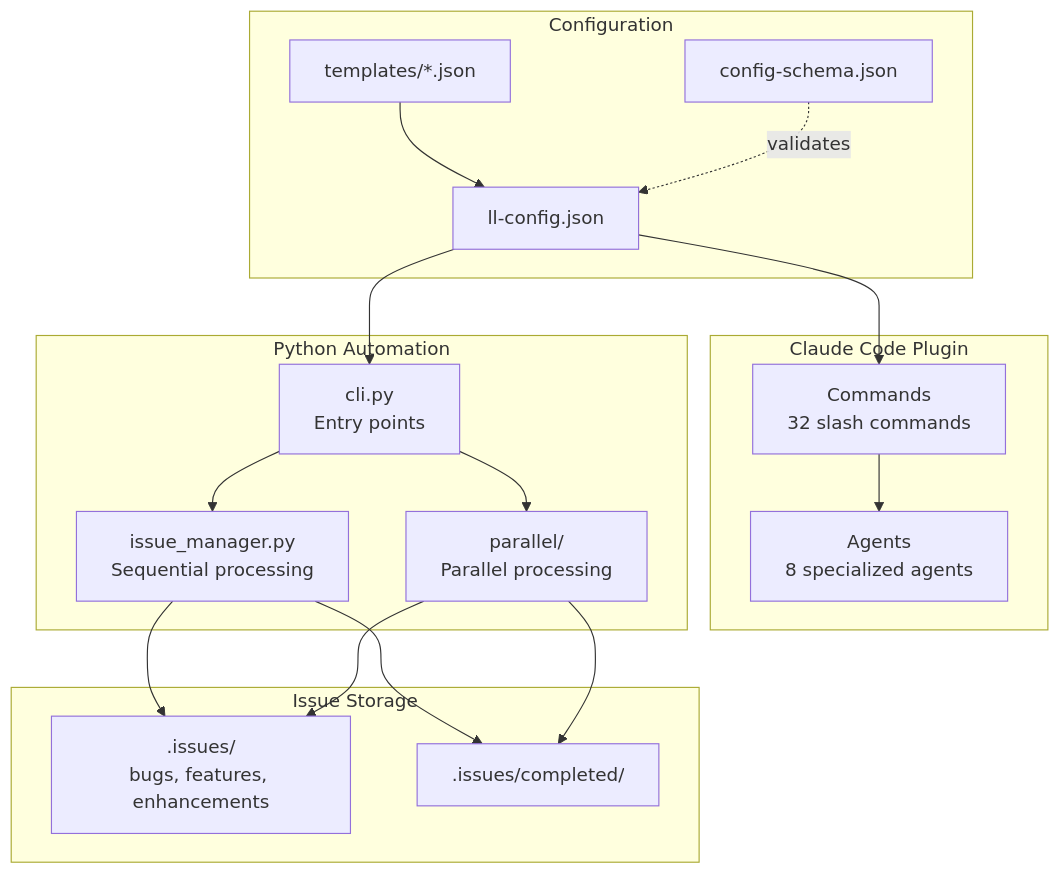
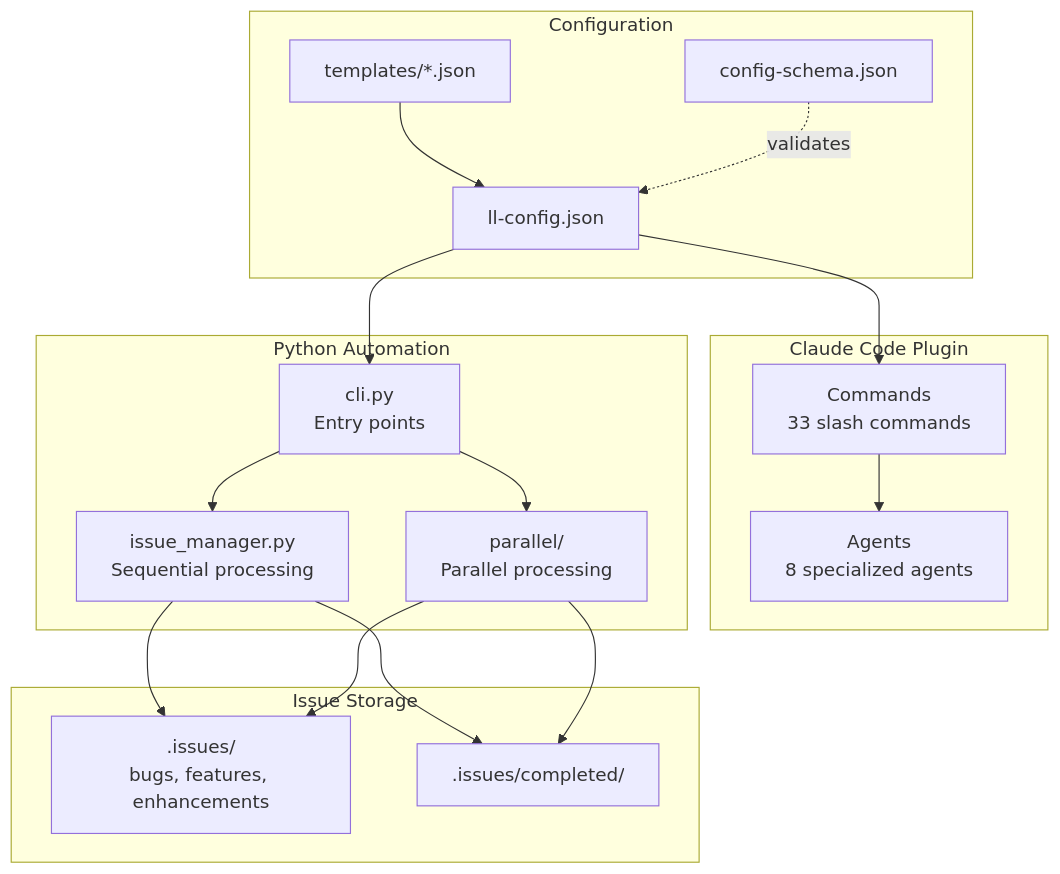
One commit to BrennonTWilliams/little-loops changed the first of 13 diagrams in docs/ARCHITECTURE.md. Above: the diagram before and after it, drawn with Mermaid. The commit also changed other lines of this file and 2 other files, not shown here.

````diff
--- a/docs/ARCHITECTURE.md
+++ b/docs/ARCHITECTURE.md
@@ -21,36 +21,36 @@
 ```mermaid
 flowchart TB
     subgraph "Claude Code Plugin"
-        CMD[Commands<br/>32 slash commands]
+        CMD[Commands<br/>33 slash commands]
         AGT[Agents<br/>8 specialized agents]
     end
 
     subgraph "Configuration"
         CFG[ll-config.json]
         SCHEMA[config-schema.json]
         TPL[templates/*.json]
     end
 
     subgraph "Python Automation"
         CLI[cli.py<br/>Entry points]
         AUTO[issue_manager.py<br/>Sequential processing]
         PARALLEL[parallel/<br/>Parallel processing]
     end
 
     subgraph "Issue Storage"
         ISSUES[.issues/<br/>bugs, features, enhancements]
         COMPLETED[.issues/completed/]
     end
 
     CFG --> CMD
     TPL --> CFG
     SCHEMA -.->|validates| CFG
     CFG --> CLI
     CMD --> AGT
     CLI --> AUTO
     CLI --> PARALLEL
     AUTO --> ISSUES
     PARALLEL --> ISSUES
     AUTO --> COMPLETED
     PARALLEL --> COMPLETED
 ```
````
